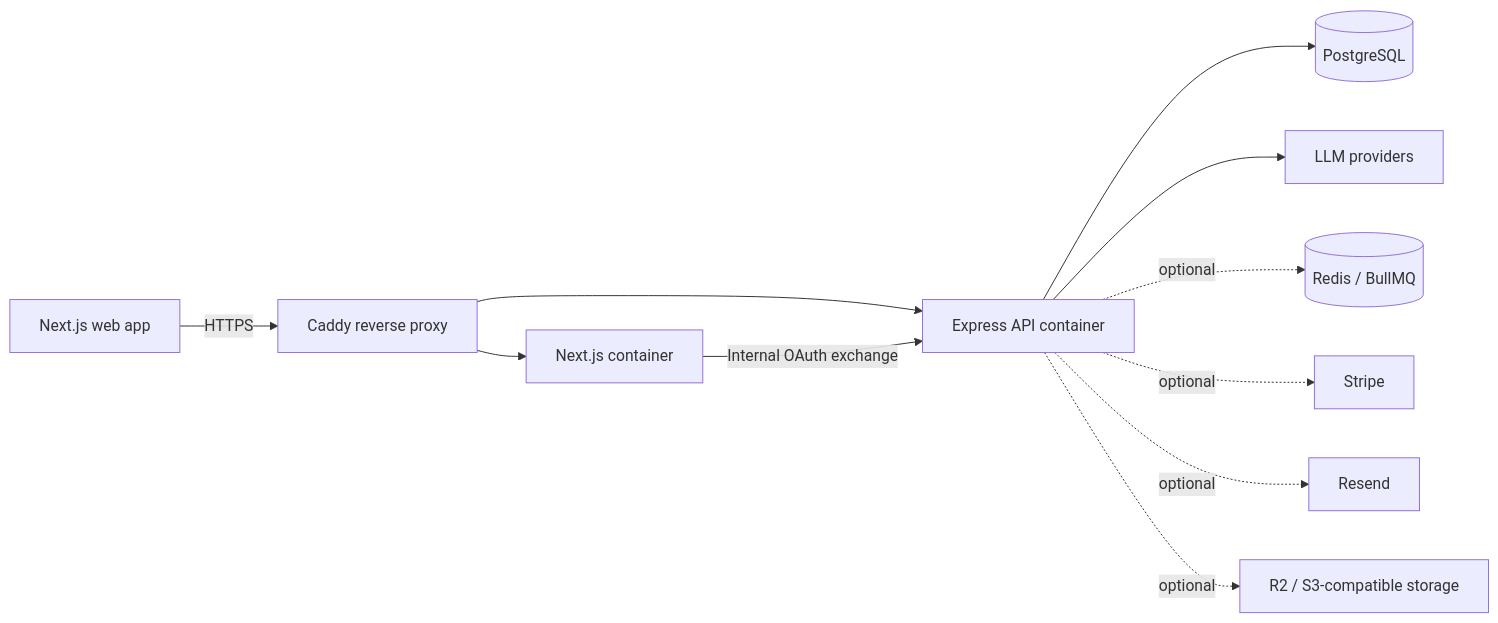
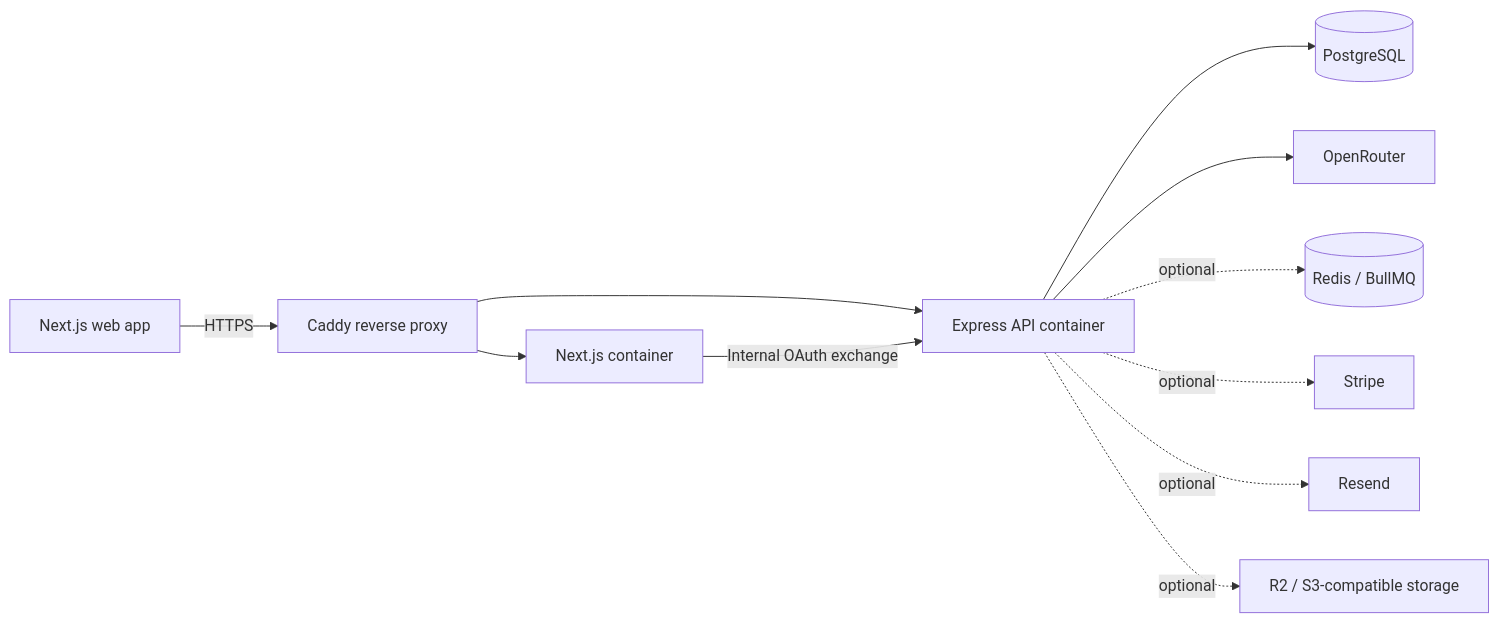
Before and after one commit to atikulmunna/common-ground-faceoff: the diagram in README.md, drawn with Mermaid. The commit also changed other lines of this file and 8 other files, not shown here.

First line of the commit message:
refactor: use OpenRouter as the only LLM provider

````diff
--- a/README.md
+++ b/README.md
@@ -66,13 +66,13 @@
 ```mermaid
 flowchart LR
     Browser[Next.js web app] -->|HTTPS| Caddy[Caddy reverse proxy]
     Caddy --> Web[Next.js container]
     Caddy --> API[Express API container]
     Web -->|Internal OAuth exchange| API
     API --> DB[(PostgreSQL)]
-    API --> LLM[LLM providers]
+    API --> LLM[OpenRouter]
     API -. optional .-> Redis[(Redis / BullMQ)]
     API -. optional .-> Stripe[Stripe]
     API -. optional .-> Email[Resend]
     API -. optional .-> Storage[R2 / S3-compatible storage]
 ```
````
